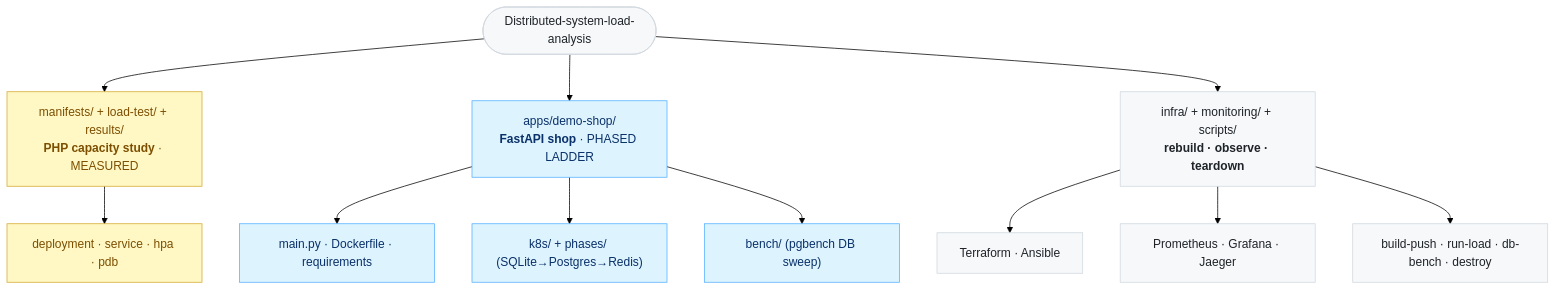
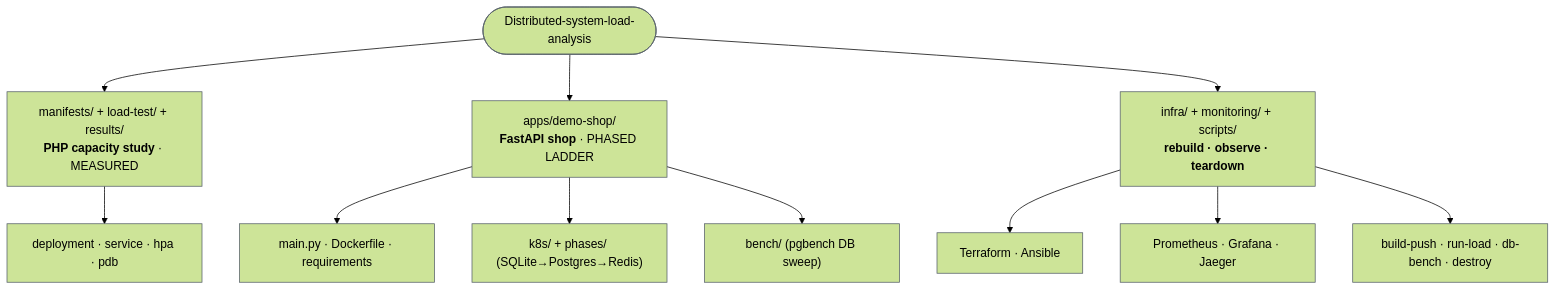
Before and after one commit to Ansh-dhanani/Distributed-system-load-analysis: the second of 8 diagrams in README.md, drawn with Mermaid (forest theme). The commit also changed other lines of this file, not shown here.

First line of the commit message:
docs: restore previous mermaid styling, darken node borders

````diff
--- a/README.md
+++ b/README.md
@@ -58,22 +58,17 @@
 ```mermaid
 flowchart TB
     ROOT(["Distributed-system-load-analysis"])
 
     ROOT --> STUDY["manifests/ + load-test/ + results/<br/><b>PHP capacity study</b> · MEASURED"]
     ROOT --> LAB["apps/demo-shop/<br/><b>FastAPI shop</b> · PHASED LADDER"]
     ROOT --> OPS["infra/ + monitoring/ + scripts/<br/><b>rebuild · observe · teardown</b>"]
 
     STUDY --> S1["deployment · service · hpa · pdb"]
     LAB --> L1["main.py · Dockerfile · requirements"]
     LAB --> L2["k8s/ + phases/ (SQLite→Postgres→Redis)"]
     LAB --> L3["bench/ (pgbench DB sweep)"]
     OPS --> O1["Terraform · Ansible"]
     OPS --> O2["Prometheus · Grafana · Jaeger"]
     OPS --> O3["build-push · run-load · db-bench · destroy"]
-
-    classDef default fill:#f6f8fa,stroke:#d0d7de,color:#1f2328;
-    classDef study fill:#fff8c5,stroke:#d4a72c,color:#7d4e00;
-    classDef lab   fill:#ddf4ff,stroke:#54aeff,color:#0a3069;
-    class STUDY,S1 study;
-    class LAB,L1,L2,L3 lab;
+    classDef default stroke:#57606a;
 ```
````
